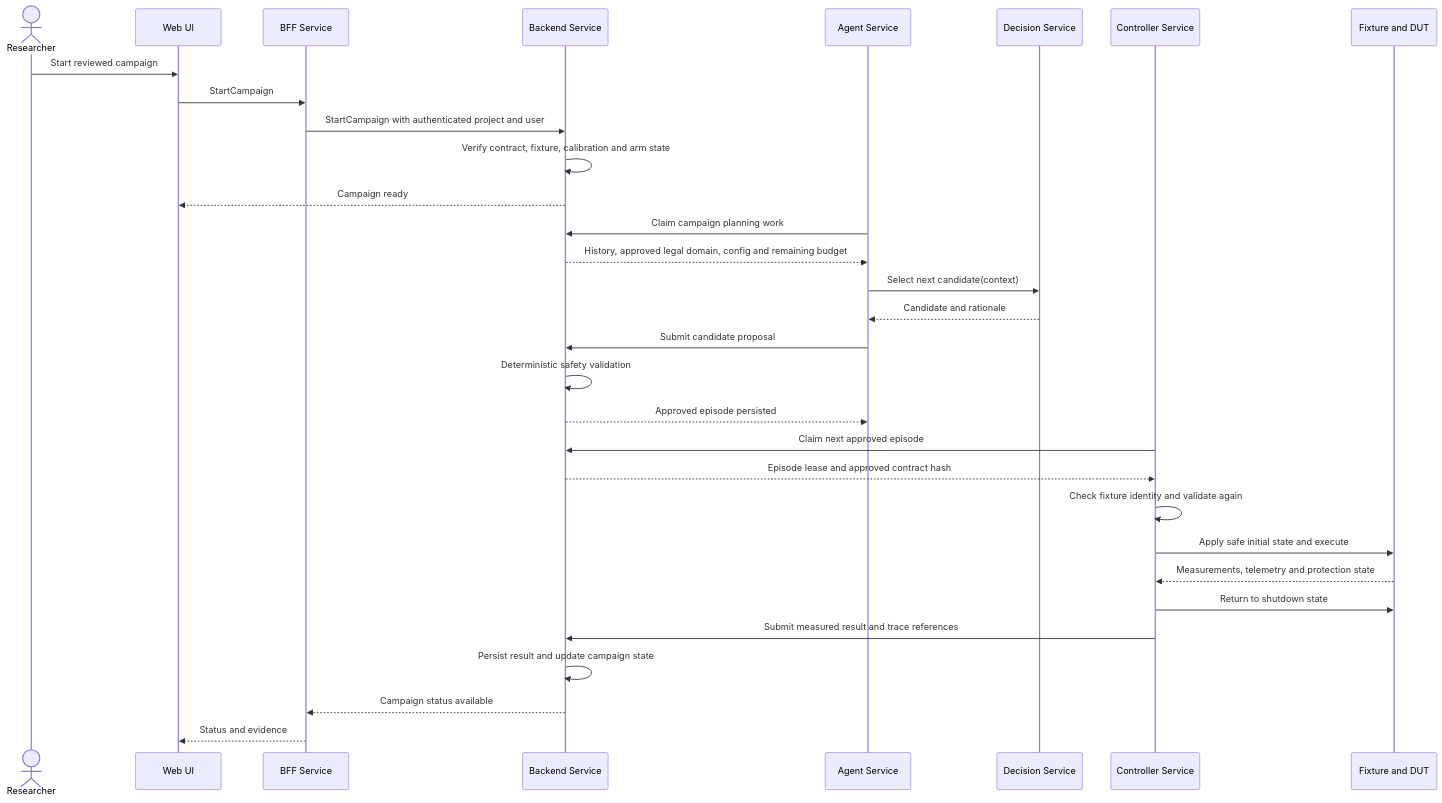
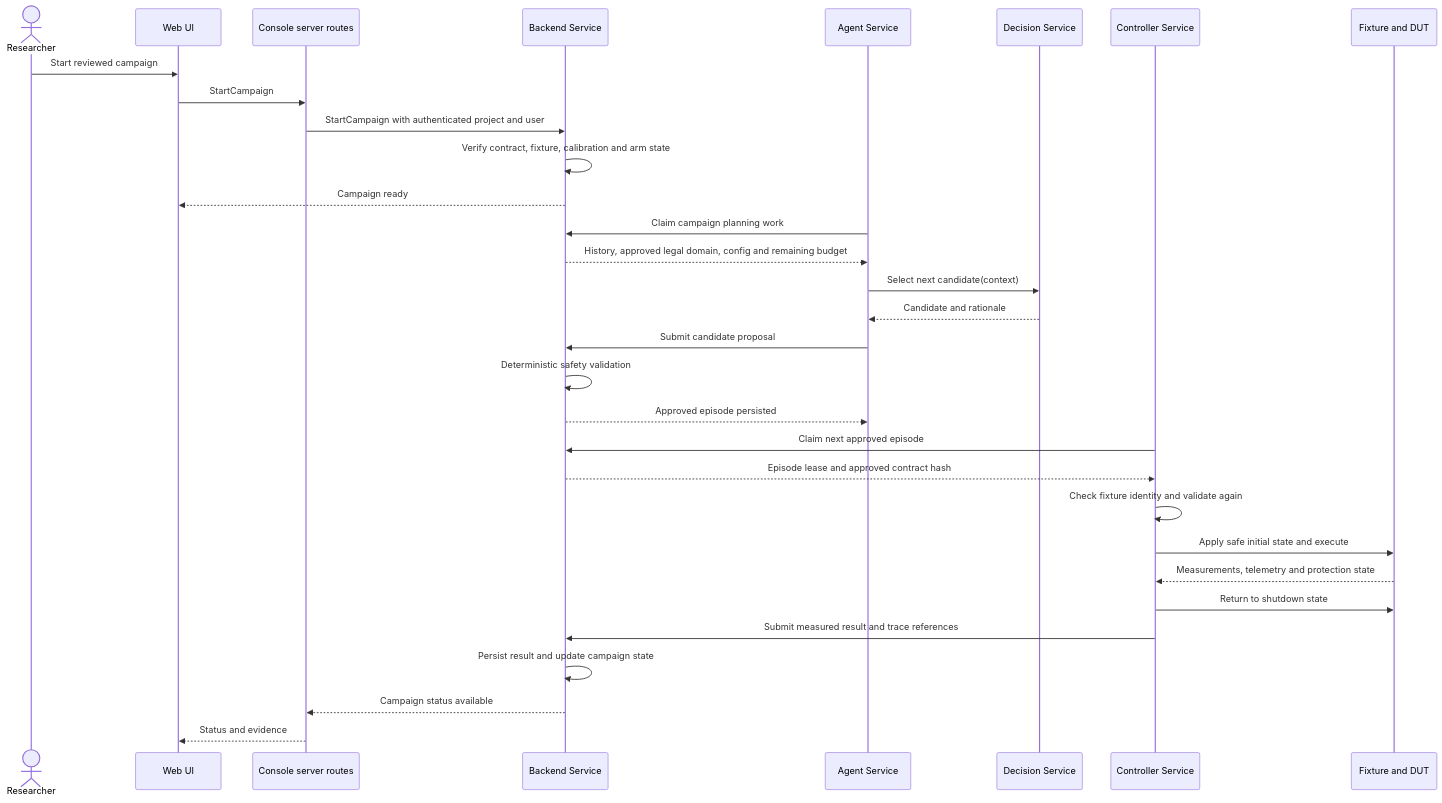
Before and after one commit to overclocked-2124/ChipCheck: the third of 3 diagrams in docs/01-activequal-system-context-and-platform-boundaries.md, drawn with Mermaid. The commit also changed other lines of this file and 8 other files, not shown here.

````diff
--- a/docs/01-activequal-system-context-and-platform-boundaries.md
+++ b/docs/01-activequal-system-context-and-platform-boundaries.md
@@ -290,36 +297,36 @@
 ```mermaid
 sequenceDiagram
     actor Researcher
     participant UI as Web UI
-    participant BFF as BFF Service
+    participant BFF as Console server routes
     participant API as Backend Service
     participant W as Agent Service
     participant D as Decision Service
     participant A as Controller Service
     participant H as Fixture and DUT
 
     Researcher->>UI: Start reviewed campaign
     UI->>BFF: StartCampaign
     BFF->>API: StartCampaign with authenticated project and user
     API->>API: Verify contract, fixture, calibration and arm state
     API-->>UI: Campaign ready
 
     W->>API: Claim campaign planning work
     API-->>W: History, approved legal domain, config and remaining budget
     W->>D: Select next candidate(context)
     D-->>W: Candidate and rationale
     W->>API: Submit candidate proposal
     API->>API: Deterministic safety validation
     API-->>W: Approved episode persisted
 
     A->>API: Claim next approved episode
     API-->>A: Episode lease and approved contract hash
     A->>A: Check fixture identity and validate again
     A->>H: Apply safe initial state and execute
     H-->>A: Measurements, telemetry and protection state
     A->>H: Return to shutdown state
     A->>API: Submit measured result and trace references
     API->>API: Persist result and update campaign state
     API-->>BFF: Campaign status available
     BFF-->>UI: Status and evidence
 ```
````
